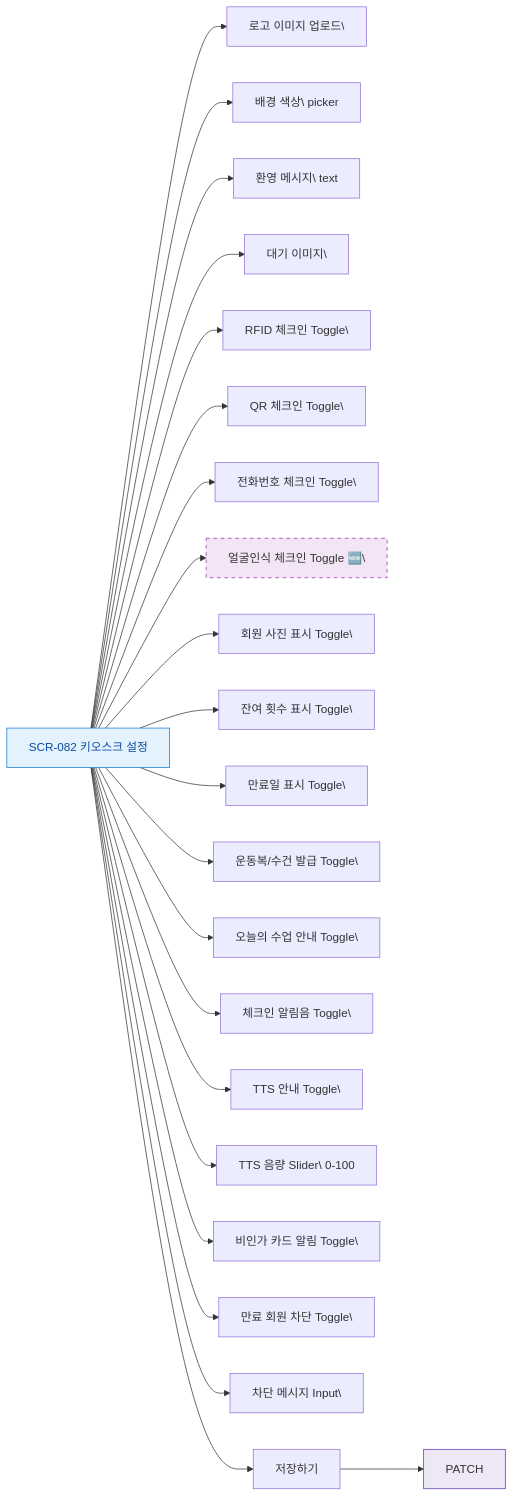
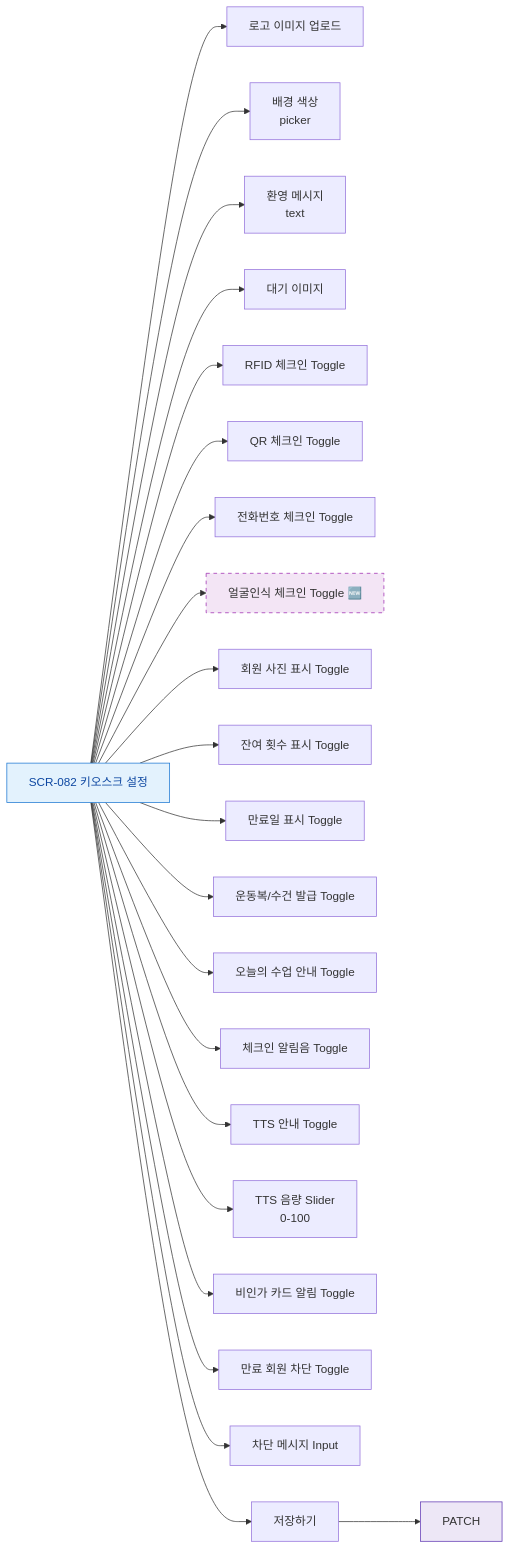
One commit to dev-spogym/admin-pando changed the diagram in docs/admin/다이어그램/D09_설정관리/SCR-082_키오스크설정/F3_버튼액션.md. Above: the diagram before and after it, drawn with Mermaid. The commit also changed 369 other files, not shown here.

````diff
--- a/docs/admin/다이어그램/D09_설정관리/SCR-082_키오스크설정/F3_버튼액션.md
+++ b/docs/admin/다이어그램/D09_설정관리/SCR-082_키오스크설정/F3_버튼액션.md
@@ -12,38 +12,38 @@
 ```mermaid
 flowchart LR
     SCR082[SCR-082 키오스크 설정]
 
-    SCR082 --> BTN_LOGO[로고 이미지 업로드\]
-    SCR082 --> BTN_BG[배경 색상\ picker]
-    SCR082 --> BTN_WELCOME[환영 메시지\ text]
-    SCR082 --> BTN_IDLE[대기 이미지\]
+    SCR082 --> BTN_LOGO[로고 이미지 업로드]
+    SCR082 --> BTN_BG[배경 색상<br/> picker]
+    SCR082 --> BTN_WELCOME[환영 메시지<br/> text]
+    SCR082 --> BTN_IDLE[대기 이미지]
 
-    SCR082 --> TGL_RFID[RFID 체크인 Toggle\]
-    SCR082 --> TGL_QR[QR 체크인 Toggle\]
-    SCR082 --> TGL_PHONE[전화번호 체크인 Toggle\]
-    SCR082 --> TGL_FACE[얼굴인식 체크인 Toggle 🆕\]
+    SCR082 --> TGL_RFID[RFID 체크인 Toggle]
+    SCR082 --> TGL_QR[QR 체크인 Toggle]
+    SCR082 --> TGL_PHONE[전화번호 체크인 Toggle]
+    SCR082 --> TGL_FACE[얼굴인식 체크인 Toggle 🆕]
 
-    SCR082 --> TGL_PHOTO[회원 사진 표시 Toggle\]
-    SCR082 --> TGL_REMAIN[잔여 횟수 표시 Toggle\]
-    SCR082 --> TGL_EXPIRY[만료일 표시 Toggle\]
-    SCR082 --> TGL_SUPPLY[운동복/수건 발급 Toggle\]
-    SCR082 --> TGL_CLASS[오늘의 수업 안내 Toggle\]
+    SCR082 --> TGL_PHOTO[회원 사진 표시 Toggle]
+    SCR082 --> TGL_REMAIN[잔여 횟수 표시 Toggle]
+    SCR082 --> TGL_EXPIRY[만료일 표시 Toggle]
+    SCR082 --> TGL_SUPPLY[운동복/수건 발급 Toggle]
+    SCR082 --> TGL_CLASS[오늘의 수업 안내 Toggle]
 
-    SCR082 --> TGL_BEEP[체크인 알림음 Toggle\]
-    SCR082 --> TGL_TTS[TTS 안내 Toggle\]
-    SCR082 --> SLD_TTS[TTS 음량 Slider\ 0-100]
+    SCR082 --> TGL_BEEP[체크인 알림음 Toggle]
+    SCR082 --> TGL_TTS[TTS 안내 Toggle]
+    SCR082 --> SLD_TTS[TTS 음량 Slider<br/> 0-100]
 
-    SCR082 --> TGL_ALERT[비인가 카드 알림 Toggle\]
-    SCR082 --> TGL_BLOCK[만료 회원 차단 Toggle\]
-    SCR082 --> INP_BLOCKMSG[차단 메시지 Input\]
+    SCR082 --> TGL_ALERT[비인가 카드 알림 Toggle]
+    SCR082 --> TGL_BLOCK[만료 회원 차단 Toggle]
+    SCR082 --> INP_BLOCKMSG[차단 메시지 Input]
 
     SCR082 --> BTN_SAVE[저장하기]
     BTN_SAVE --> ACT_SAVE[PATCH]
 
     classDef screen fill:#E3F2FD,stroke:#1976D2,color:#0D47A1
     classDef newFeature fill:#F3E5F5,stroke:#9C27B0,stroke-dasharray:5 5
     classDef system fill:#EDE7F6,stroke:#5E35B2
     class SCR082 screen
     class TGL_FACE newFeature
     class ACT_SAVE system
 ```
````
